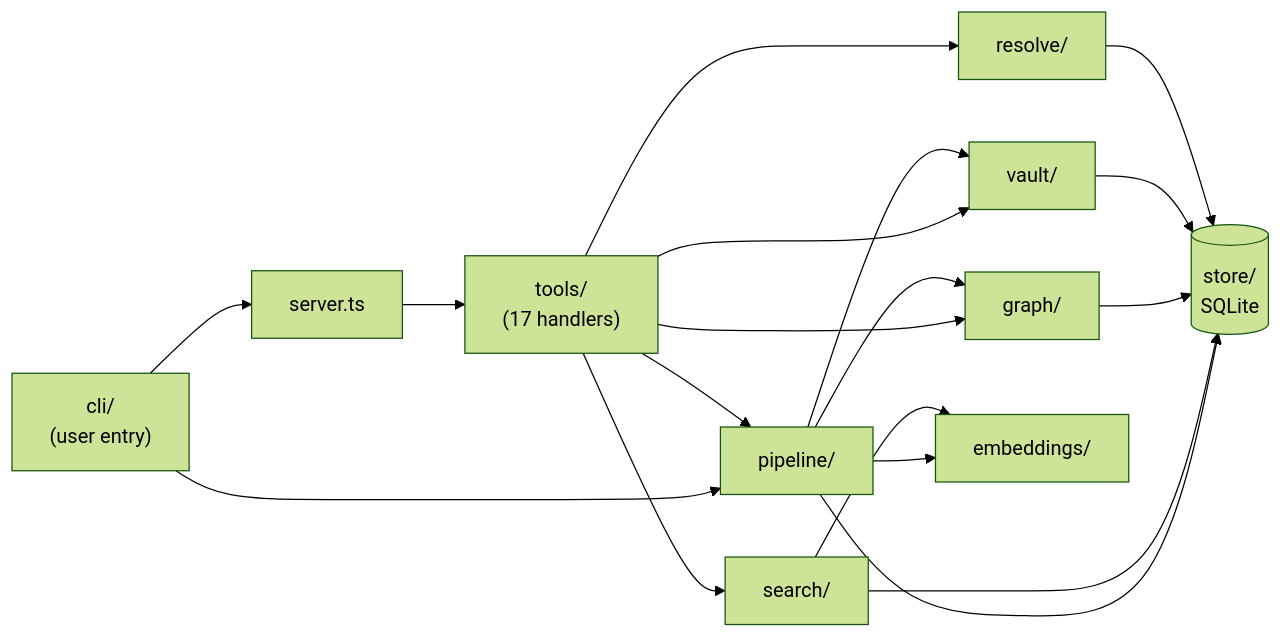
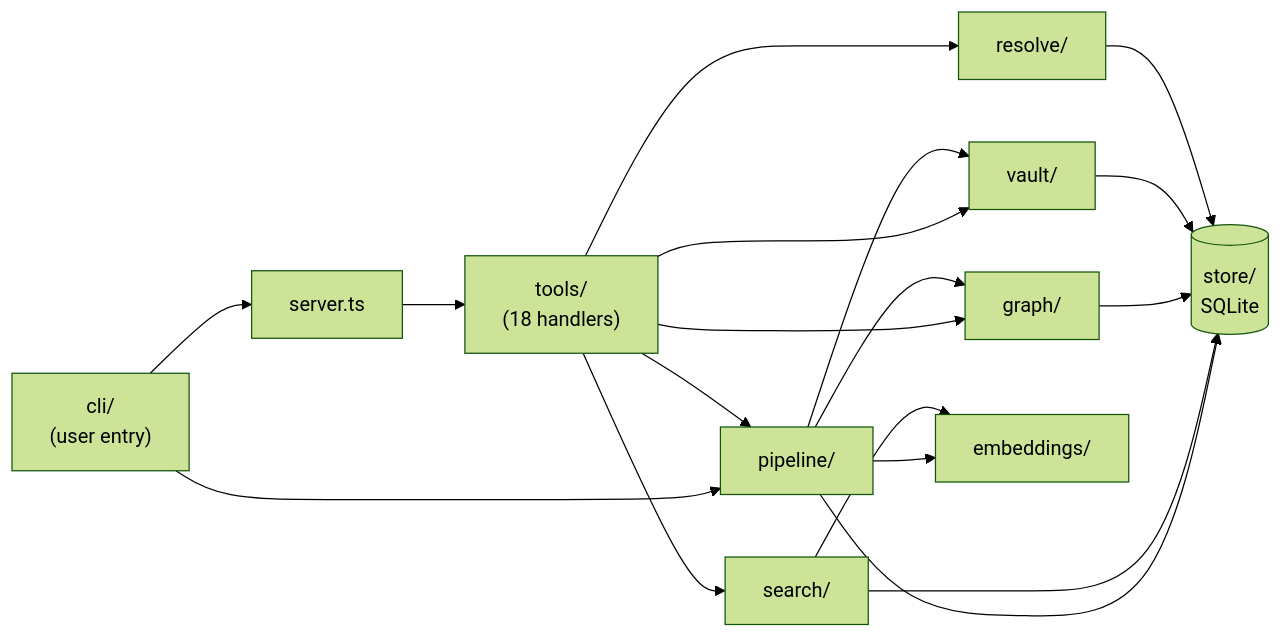
One commit to sweir1/obsidian-brain changed the first of 2 diagrams in docs/architecture.md. Above: the diagram before and after it, drawn with Mermaid (forest theme). The commit also changed other lines of this file and 24 other files, not shown here.

````diff
--- a/docs/architecture.md
+++ b/docs/architecture.md
@@ -12,20 +12,20 @@
 ```mermaid
 flowchart LR
     CLI["cli/<br/>(user entry)"] --> Server["server.ts"]
     CLI --> Pipeline["pipeline/"]
-    Server --> Tools["tools/<br/>(17 handlers)"]
+    Server --> Tools["tools/<br/>(18 handlers)"]
     Tools --> Pipeline
     Tools --> Search["search/"]
     Tools --> Graph["graph/"]
     Tools --> Vault["vault/"]
     Tools --> Resolve["resolve/"]
     Pipeline --> Vault
     Pipeline --> Embedder["embeddings/"]
     Pipeline --> Graph
     Search --> Embedder
     Pipeline --> Store[("store/<br/>SQLite")]
     Search --> Store
     Graph --> Store
     Vault --> Store
     Resolve --> Store
 ```
````
